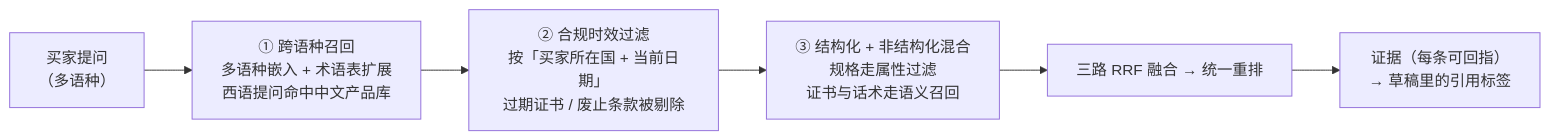
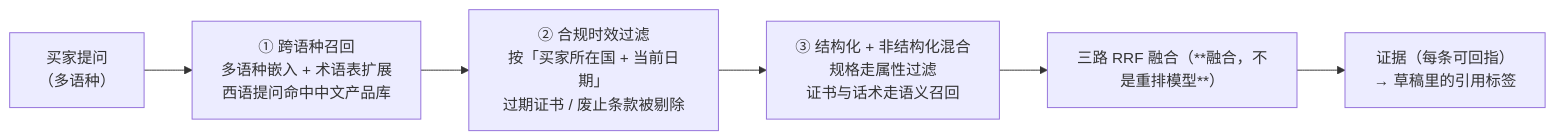
The fourth of 5 diagrams in docs/ARCHITECTURE.md (Miaoyj510/tradedesk-ai-workbench), drawn with Mermaid before and after one commit. The commit also changed other lines of this file and 12 other files, not shown here.

````diff
--- a/docs/ARCHITECTURE.md
+++ b/docs/ARCHITECTURE.md
@@ -132,8 +134,8 @@
 ```mermaid
 flowchart LR
   Q["买家提问<br/>（多语种）"] --> R1["① 跨语种召回<br/>多语种嵌入 + 术语表扩展<br/>西语提问命中中文产品库"]
   R1 --> R2["② 合规时效过滤<br/>按「买家所在国 + 当前日期」<br/>过期证书 / 废止条款被剔除"]
   R2 --> R3["③ 结构化 + 非结构化混合<br/>规格走属性过滤<br/>证书与话术走语义召回"]
-  R3 --> RRF["三路 RRF 融合 → 统一重排"]
+  R3 --> RRF["三路 RRF 融合（**融合，不是重排模型**）"]
   RRF --> OUT["证据（每条可回指）<br/>→ 草稿里的引用标签"]
 ```
````
